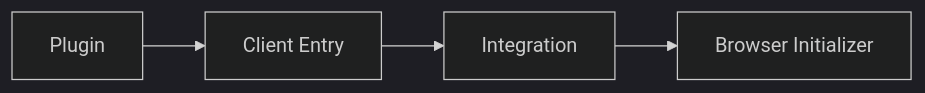
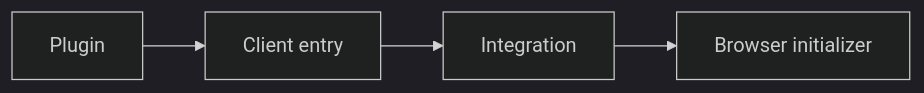
The ninth of 13 diagrams in docs/docs/reference/plugin-api.md (Rerurate514/riebeckite), drawn with Mermaid (dark theme) before and after one commit. The commit also changed other lines of this file and 604 other files, not shown here.

````diff
--- a/docs/docs/reference/plugin-api.md
+++ b/docs/docs/reference/plugin-api.md
@@ -766,11 +596,11 @@
 ```mermaid
 flowchart LR
     Plugin["Plugin"]
-    Entry["Client Entry"]
+    Entry["Client entry"]
     Build["Integration"]
-    Browser["Browser Initializer"]
+    Browser["Browser initializer"]
 
     Plugin --> Entry
     Entry --> Build
     Build --> Browser
 ```
````
